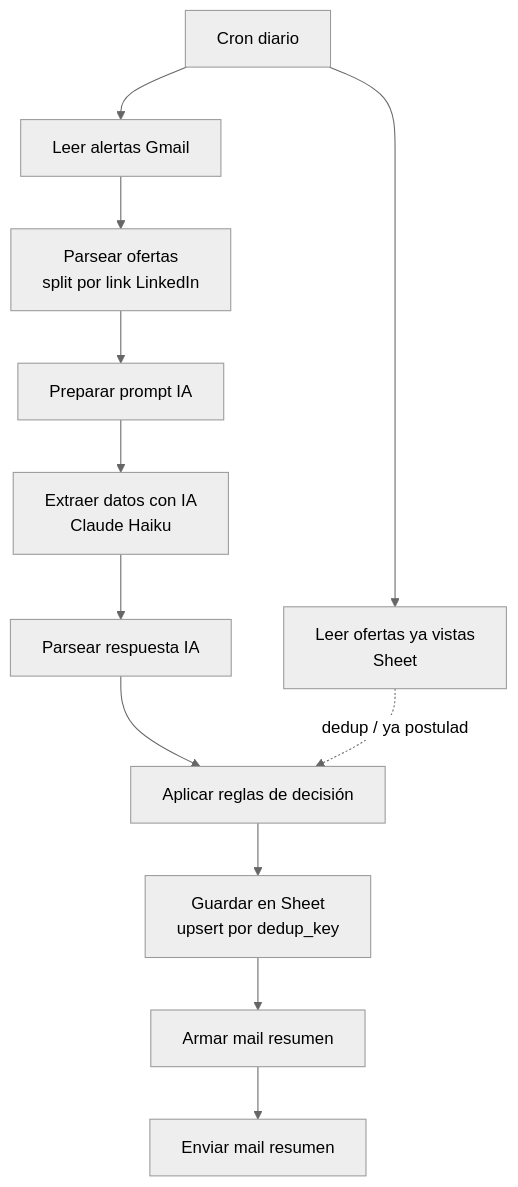
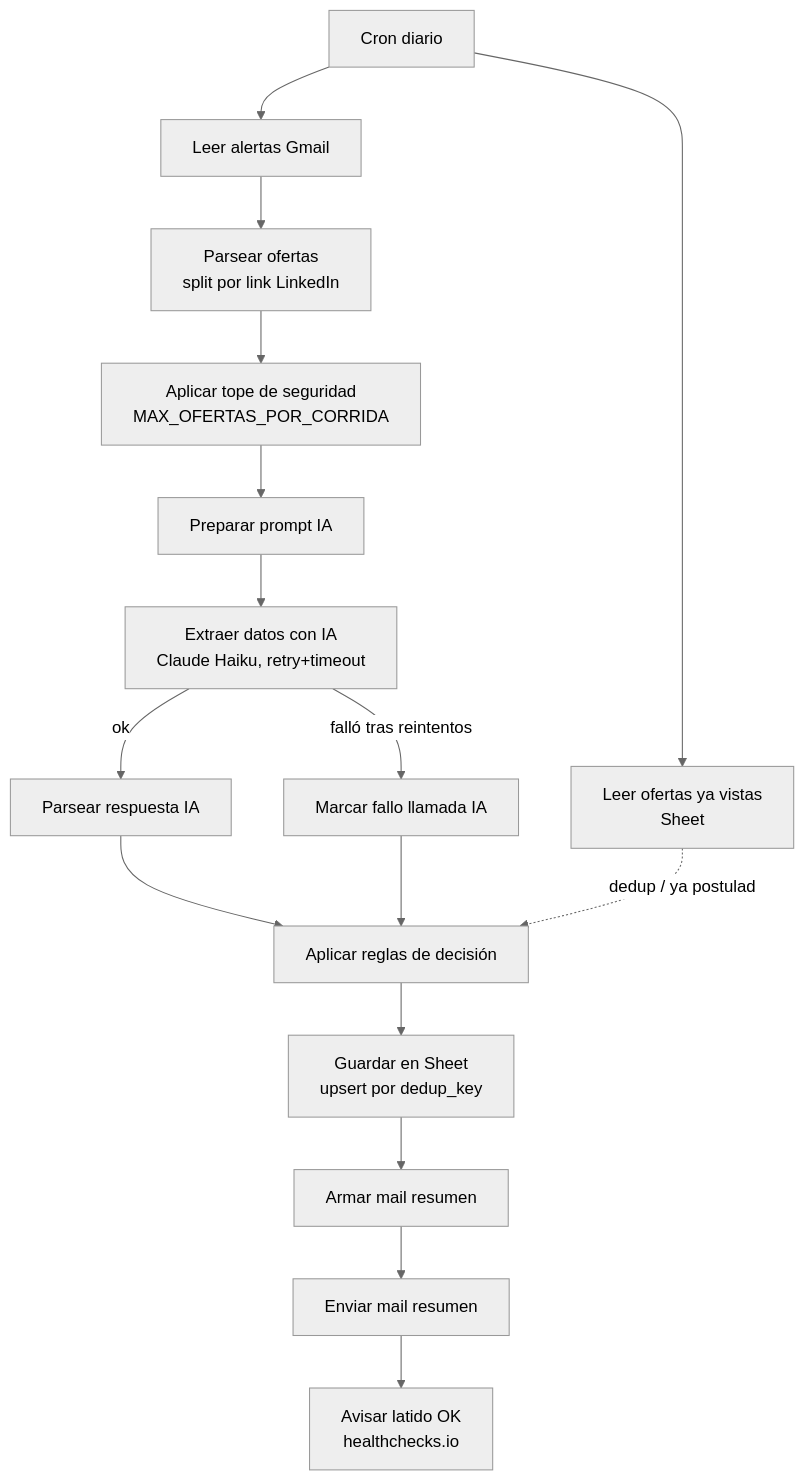
One commit to SMsimarco/radar-empleos changed the first of 2 diagrams in README.md. Above: the diagram before and after it, drawn with Mermaid (neutral theme). The commit also changed other lines of this file and 5 other files, not shown here.

First line of the commit message:
Endurecer workflow: retry+timeout Claude, tope de gasto, no_parseable, error workflow + heartbeat externo

````diff
--- a/README.md
+++ b/README.md
@@ -11,14 +11,18 @@
 ```mermaid
 flowchart TD
     A[Cron diario] --> B[Leer alertas Gmail]
     A --> C[Leer ofertas ya vistas<br/>Sheet]
     B --> D[Parsear ofertas<br/>split por link LinkedIn]
-    D --> E[Preparar prompt IA]
-    E --> F[Extraer datos con IA<br/>Claude Haiku]
-    F --> G[Parsear respuesta IA]
+    D --> T[Aplicar tope de seguridad<br/>MAX_OFERTAS_POR_CORRIDA]
+    T --> E[Preparar prompt IA]
+    E --> F[Extraer datos con IA<br/>Claude Haiku, retry+timeout]
+    F -->|ok| G[Parsear respuesta IA]
+    F -->|falló tras reintentos| F2[Marcar fallo llamada IA]
     G --> H[Aplicar reglas de decisión]
+    F2 --> H
     C -.dedup / ya postulado.-> H
     H --> I[Guardar en Sheet<br/>upsert por dedup_key]
     I --> J[Armar mail resumen]
     J --> K[Enviar mail resumen]
+    K --> L[Avisar latido OK<br/>healthchecks.io]
 ```
````
